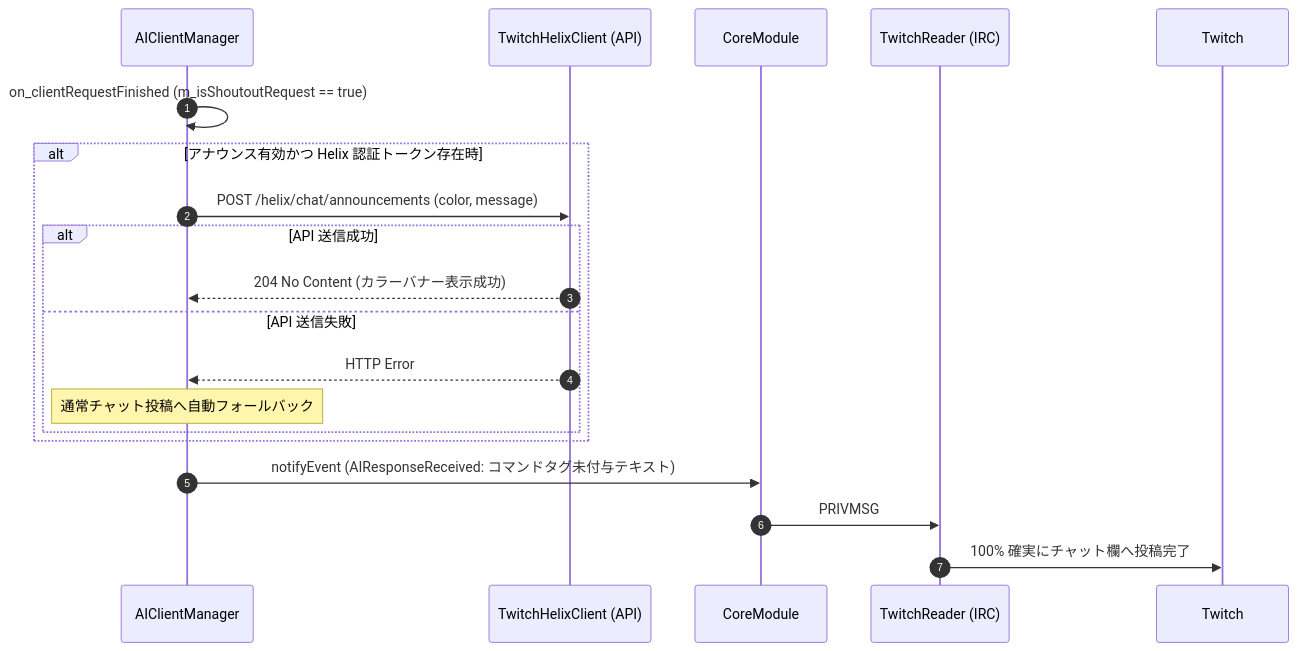
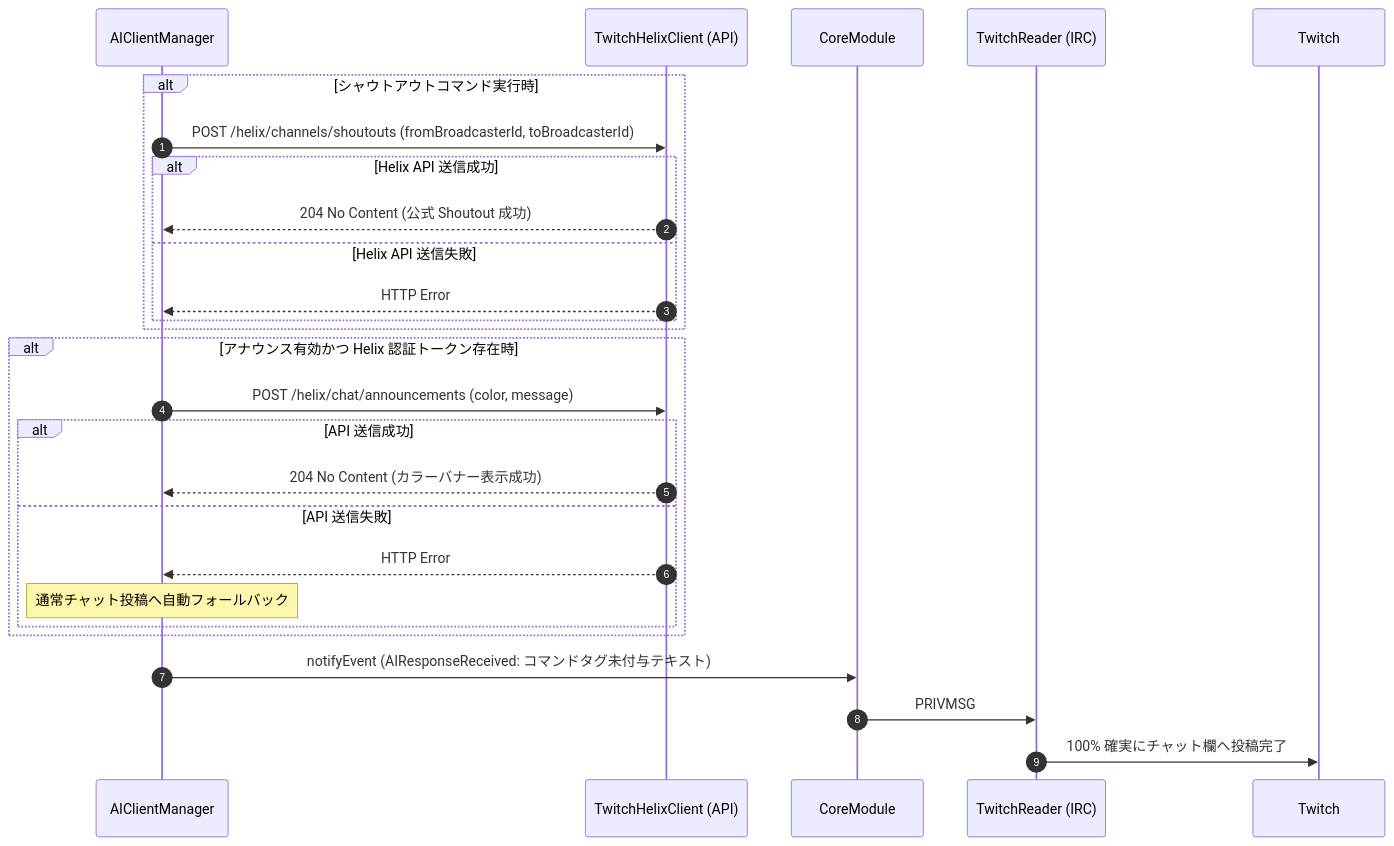
One commit to BLUE000/AiAssistantAvatar changed the diagram in doc/DetailedDesign/Twitch.md. Above: the diagram before and after it, drawn with Mermaid. The commit also changed other lines of this file and 6 other files, not shown here.

Commit message:
docs: update requirements, design, and test specs for state cleanup, translation prefix, and helix shoutout

````diff
--- a/doc/DetailedDesign/Twitch.md
+++ b/doc/DetailedDesign/Twitch.md
@@ -27,22 +28,29 @@
 ```mermaid
 sequenceDiagram
     autonumber
     participant ACM as AIClientManager
     participant Helix as TwitchHelixClient (API)
     participant Core as CoreModule
     participant IRC as TwitchReader (IRC)
 
-    ACM->>ACM: on_clientRequestFinished (m_isShoutoutRequest == true)
+    alt シャウトアウトコマンド実行時
+        ACM->>Helix: POST /helix/channels/shoutouts (fromBroadcasterId, toBroadcasterId)
+        alt Helix API 送信成功
+            Helix-->>ACM: 204 No Content (公式 Shoutout 成功)
+        else Helix API 送信失敗
+            Helix-->>ACM: HTTP Error
+        end
+    end
     alt アナウンス有効かつ Helix 認証トークン存在時
         ACM->>Helix: POST /helix/chat/announcements (color, message)
         alt API 送信成功
             Helix-->>ACM: 204 No Content (カラーバナー表示成功)
         else API 送信失敗
             Helix-->>ACM: HTTP Error
             Note over ACM: 通常チャット投稿へ自動フォールバック
         end
     end
     ACM->>Core: notifyEvent (AIResponseReceived: コマンドタグ未付与テキスト)
     Core->>IRC: PRIVMSG #channel :純粋メッセージ
     IRC->>Twitch: 100% 確実にチャット欄へ投稿完了
 ```
````
